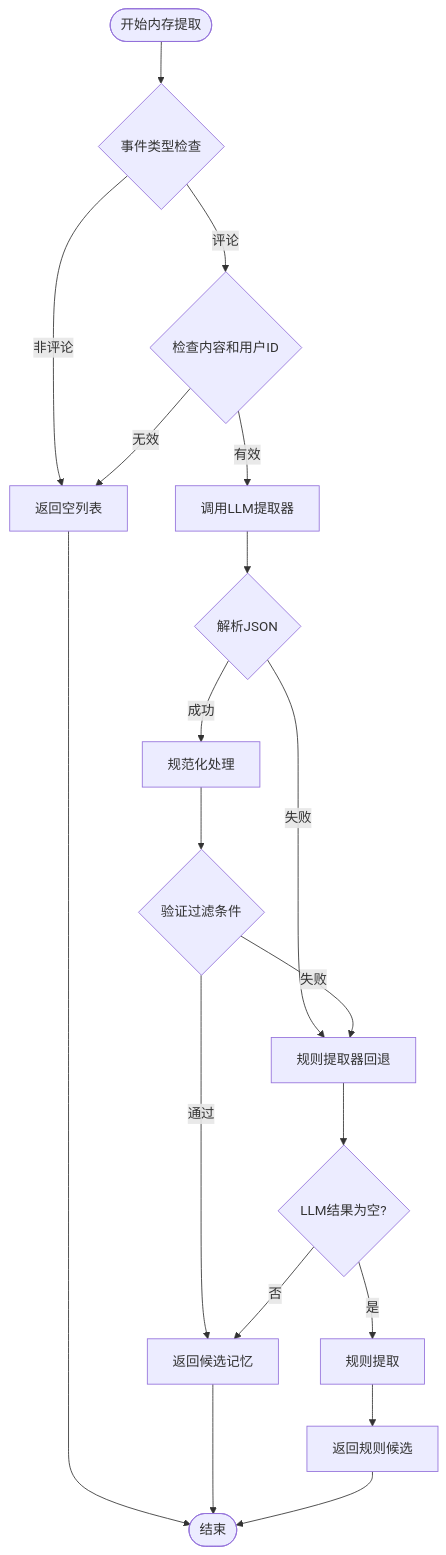
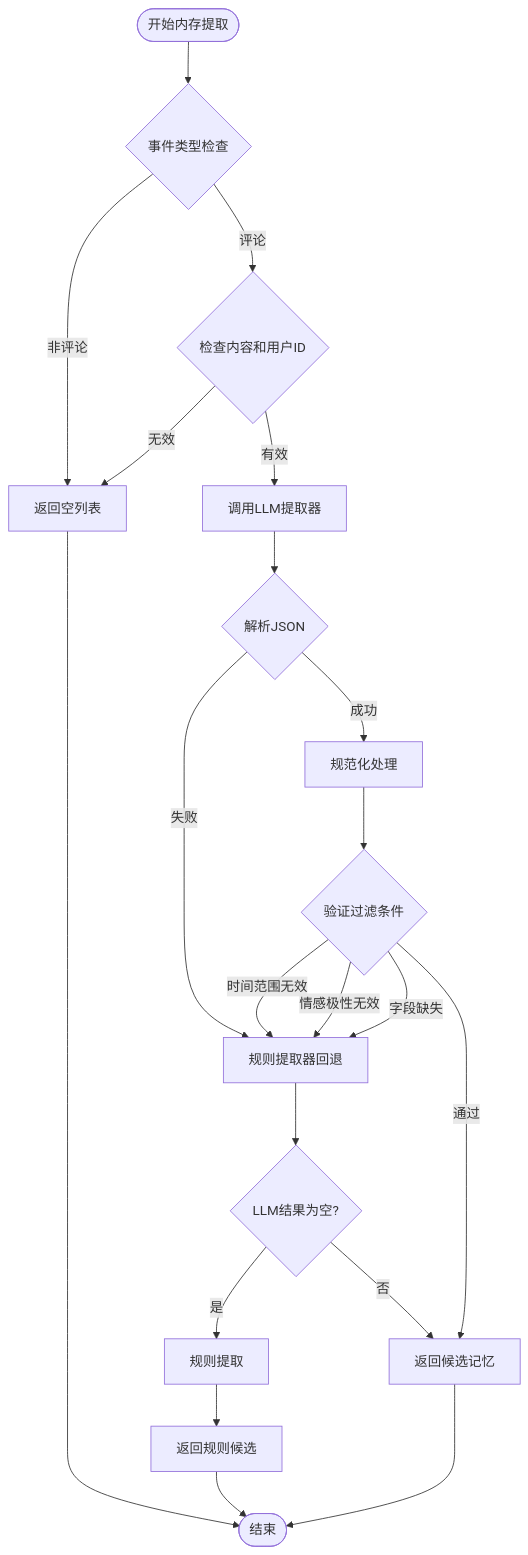
The fourth of 5 diagrams in .qoder/repowiki/zh/content/测试策略/LLM内存提取器测试.md (Moon-Force/DouYin_llm), drawn with Mermaid before and after one commit. The commit also changed other lines of this file and 34 other files, not shown here.

````diff
--- a/.qoder/repowiki/zh/content/测试策略/LLM内存提取器测试.md
+++ b/.qoder/repowiki/zh/content/测试策略/LLM内存提取器测试.md
@@ -200,21 +227,23 @@
 ```mermaid
 flowchart TD
 Start([开始内存提取]) --> CheckType{事件类型检查}
 CheckType --> |非评论| ReturnEmpty[返回空列表]
 CheckType --> |评论| CheckContent{检查内容和用户ID}
 CheckContent --> |无效| ReturnEmpty
 CheckContent --> |有效| CallLLM[调用LLM提取器]
 CallLLM --> ParseJSON{解析JSON}
 ParseJSON --> |失败| Fallback[规则提取器回退]
 ParseJSON --> |成功| Normalize[规范化处理]
 Normalize --> Validate{验证过滤条件}
+Validate --> |时间范围无效| Fallback
+Validate --> |情感极性无效| Fallback
+Validate --> |字段缺失| Fallback
 Validate --> |通过| ReturnCandidate[返回候选记忆]
-Validate --> |失败| Fallback
+ReturnCandidate --> End([结束])
 Fallback --> CheckLLMResult{LLM结果为空?}
 CheckLLMResult --> |是| RuleExtract[规则提取]
 CheckLLMResult --> |否| ReturnCandidate
 RuleExtract --> ReturnRule[返回规则候选]
-ReturnEmpty --> End([结束])
-ReturnCandidate --> End
+ReturnEmpty --> End
 ReturnRule --> End
 ```
````
